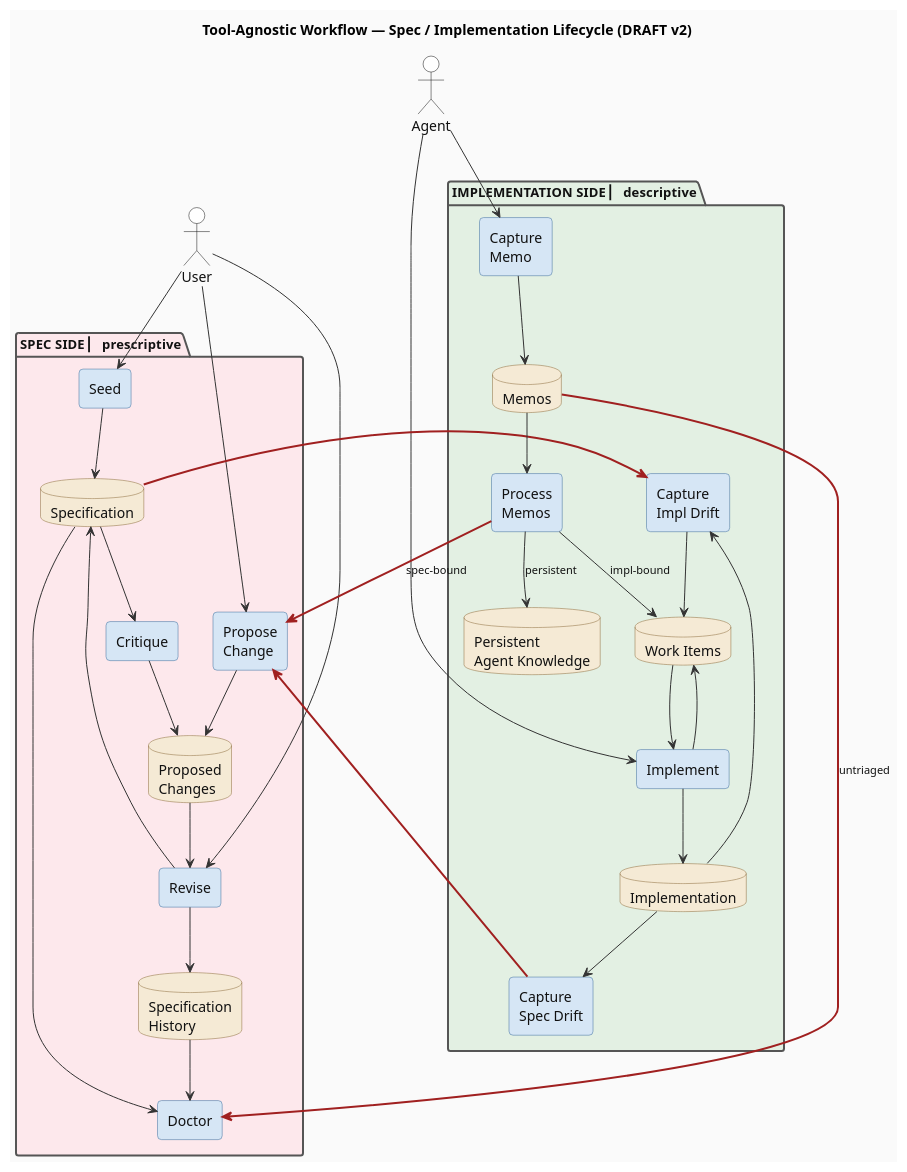
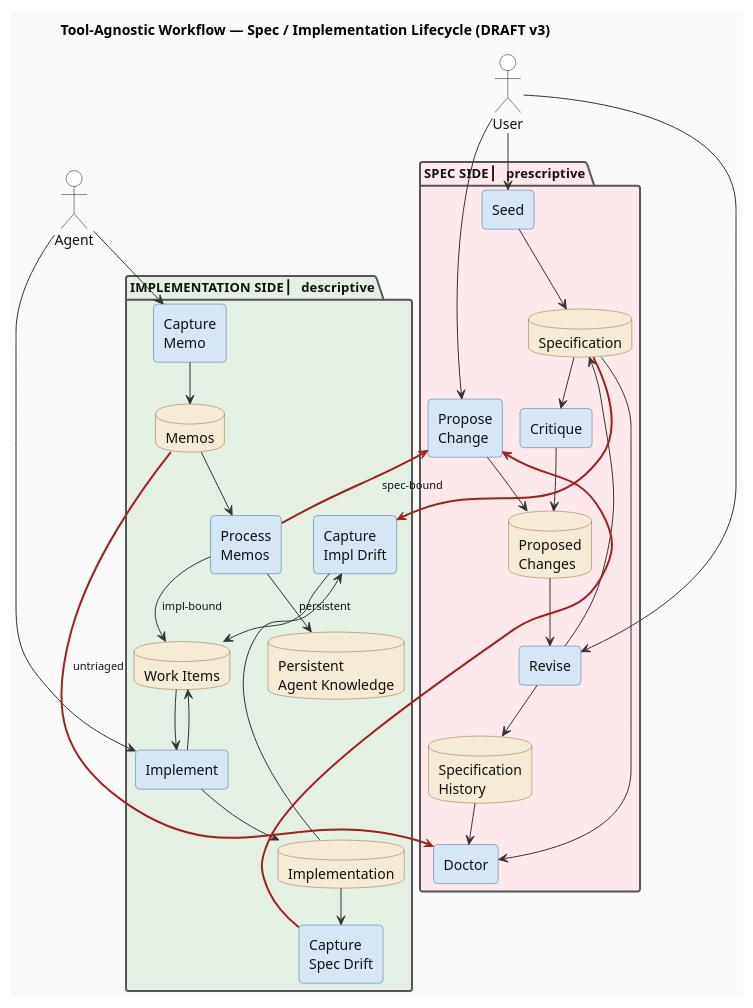
The diagram in research/workflow-processes/diagrams/draft-tool-agnostic-workflow.plantuml (thewoolleyman/livespec), drawn with PlantUML before and after one commit. The commit also changed 1 other file, not shown here.

Commit message:
docs(research): switch draft workflow diagram to Mermaid for vertical stacking
PlantUML deployment-diagram packages refuse to stack vertically
when there are bidirectional cross-package edges, regardless of:
- top to bottom direction directive
- hidden edges from spec-side to impl-side nodes
- !pragma layout smetana

Verified rendering twice via browser screenshot. Both v1 and v2
came out side-by-side, not stacked.

Switching to Mermaid (which is what the reference layout
archive/.../2026-04-19-nlspec-lifecycle-diagram.md uses) gets
us reliable vertical stacking via flowchart TB + subgraph.
GitHub renders Mermaid natively in markdown, so no separate
SVG file is needed.

The .plantuml file retains the v3 attempt (smetana directive)
for historical reference of the failed approaches; can be
removed after Mermaid v3 is reviewed and accepted.

```diff
--- a/research/workflow-processes/diagrams/draft-tool-agnostic-workflow.plantuml
+++ b/research/workflow-processes/diagrams/draft-tool-agnostic-workflow.plantuml
@@ -1,140 +1,156 @@
 @startuml draft-tool-agnostic-workflow
-title Tool-Agnostic Workflow — Spec / Implementation Lifecycle (DRAFT v2)
+title Tool-Agnostic Workflow — Spec / Implementation Lifecycle (DRAFT v3)
 
 ' Vertical stacking: SPEC SIDE on top, IMPLEMENTATION SIDE below.
 ' Arrow direction = data flow.
 ' Cross-boundary arrows colored to flag them as hard contracts.
 
+!pragma layout smetana
 top to bottom direction
 
 ' --- Styling ------------------------------------------------
 
 skinparam defaultFontName Helvetica
 skinparam shadowing false
 skinparam BackgroundColor #fafafa
 skinparam ArrowColor #333
 skinparam ArrowFontColor #111
 skinparam ArrowFontSize 11
 
 skinparam package {
   FontColor #111
   FontSize 13
   FontStyle bold
   BorderColor #555
   BorderThickness 2
 }
 
 ' Skills / commands: rounded light-blue rectangles
 skinparam rectangle {
   BackgroundColor #d6e6f5
   BorderColor #3a6a9a
   FontColor #111
   RoundCorner 8
 }
 
 ' Artifacts / stores: tan cylinders
 skinparam database {
   BackgroundColor #f5ead5
   BorderColor #8a6b3a
   FontColor #111
 }
 
 skinparam actor {
   BackgroundColor #ffffff
   BorderColor #111
   FontColor #111
 }
 
 ' --- Actors -------------------------------------------------
 
 actor "User" as User
 actor "Agent" as Agent
 
 ' --- SPEC SIDE (top) ---------------------------------------
 
 package "SPEC SIDE  ▏ prescriptive" as SpecPkg #fde8ec {
 
   rectangle "Seed" as Seed
   rectangle "Propose\nChange" as Propose
   rectangle "Critique" as Critique
   rectangle "Revise" as Revise
   rectangle "Doctor" as Doctor
 
   database "Specification" as Spec
   database "Proposed\nChanges" as PCQueue
   database "Specification\nHistory" as History
 }
 
 ' --- IMPLEMENTATION SIDE (bottom) ---------------------------
 
 package "IMPLEMENTATION SIDE  ▏ descriptive" as ImplPkg #e3f0e3 {
 
   rectangle "Capture\nImpl Drift" as CaptureImplDrift
   rectangle "Implement" as Implement
   rectangle "Capture\nSpec Drift" as CaptureSpecDrift
   rectangle "Capture\nMemo" as CaptureMemo
   rectangle "Process\nMemos" as ProcessMemos
 
   database "Implementation" as Impl
   database "Work Items" as WorkItems
   database "Memos" as Memos
   database "Persistent\nAgent Knowledge" as AgentKnowledge
 }
 
 ' --- Actor entry points (data flow: actor → skill) ---------
 
 User --> Seed
 User --> Propose
 User --> Revise
 Agent --> CaptureMemo
 Agent --> Implement
 
 ' --- Spec lifecycle (data flow within SPEC SIDE) -----------
 
 Seed --> Spec
 Propose --> PCQueue
 PCQueue --> Revise
 Revise --> Spec
 Revise --> History
 Spec --> Critique
 Critique --> PCQueue
 Spec --> Doctor
 History --> Doctor
 
 ' --- Cross-boundary: SPEC ⇣ IMPL (prescription read) -------
 
 Spec -[#a02020,thickness=2]-> CaptureImplDrift
 
 ' --- Implementation gap lifecycle (within IMPL SIDE) -------
 
 Impl --> CaptureImplDrift
 CaptureImplDrift --> WorkItems
 WorkItems --> Implement
 Implement --> Impl
 Implement --> WorkItems
 
 ' --- Spec drift lifecycle (within IMPL SIDE) ---------------
 
 Impl --> CaptureSpecDrift
 
 ' --- Cross-boundary: IMPL ⇡ SPEC (drift feedback) ----------
 
 CaptureSpecDrift -[#a02020,thickness=2]-> Propose
 
 ' --- Memo lifecycle (within IMPL SIDE) ---------------------
 
 CaptureMemo --> Memos
 Memos --> ProcessMemos
 ProcessMemos --> WorkItems : impl-bound
 ProcessMemos --> AgentKnowledge : persistent
 
 ' --- Cross-boundary: IMPL ⇡ SPEC (spec-bound memo) ---------
 
 ProcessMemos -[#a02020,thickness=2]-> Propose : spec-bound
 
 ' --- Cross-boundary: IMPL ⇡ SPEC (doctor hygiene query) ----
 ' Data flows Memos → Doctor (untriaged inventory).
 
 Memos -[#a02020,thickness=2]-> Doctor : untriaged
 
+' --- Hidden layout edges to force vertical package stacking -
+' PlantUML deployment diagrams default to side-by-side package
+' layout regardless of `top to bottom direction`. These hidden
+' edges from many spec-side nodes to impl-side nodes bias the
+' layout engine to stack IMPLEMENTATION SIDE below SPEC SIDE.
+
+Seed -[hidden]down-> CaptureImplDrift
+Spec -[hidden]down-> Impl
+PCQueue -[hidden]down-> WorkItems
+Revise -[hidden]down-> Implement
+History -[hidden]down-> AgentKnowledge
+Critique -[hidden]down-> ProcessMemos
+Doctor -[hidden]down-> CaptureSpecDrift
+Propose -[hidden]down-> CaptureMemo
+
 @enduml
```
